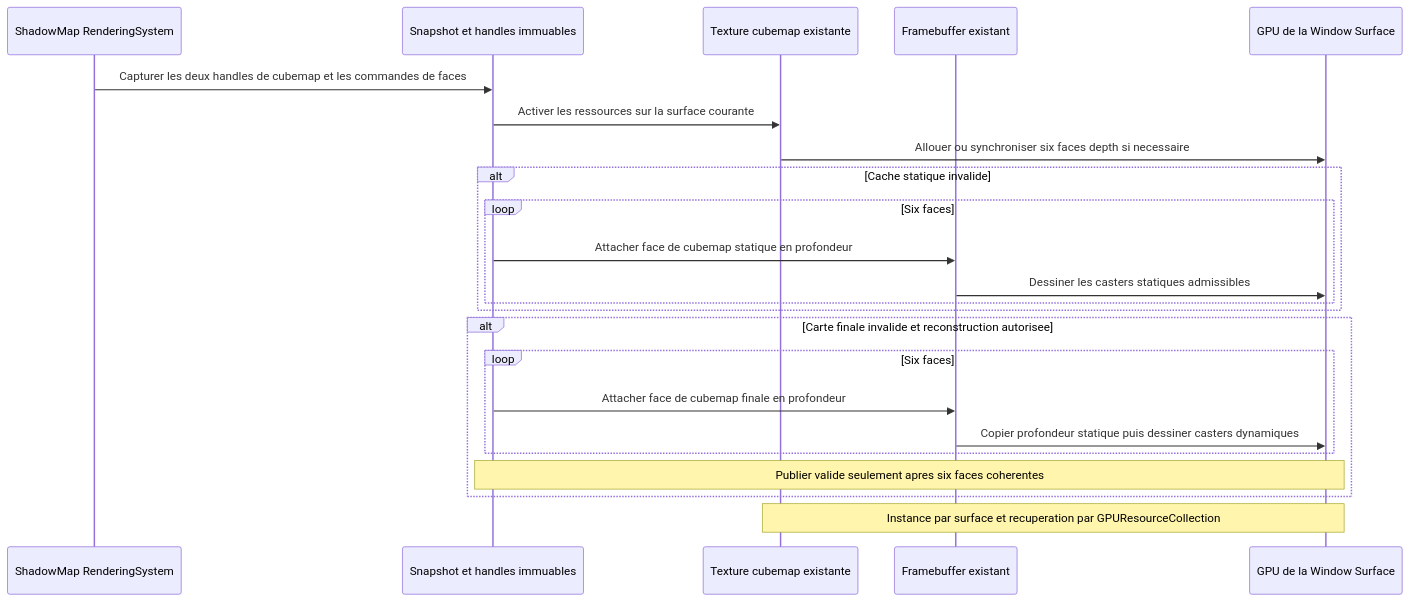
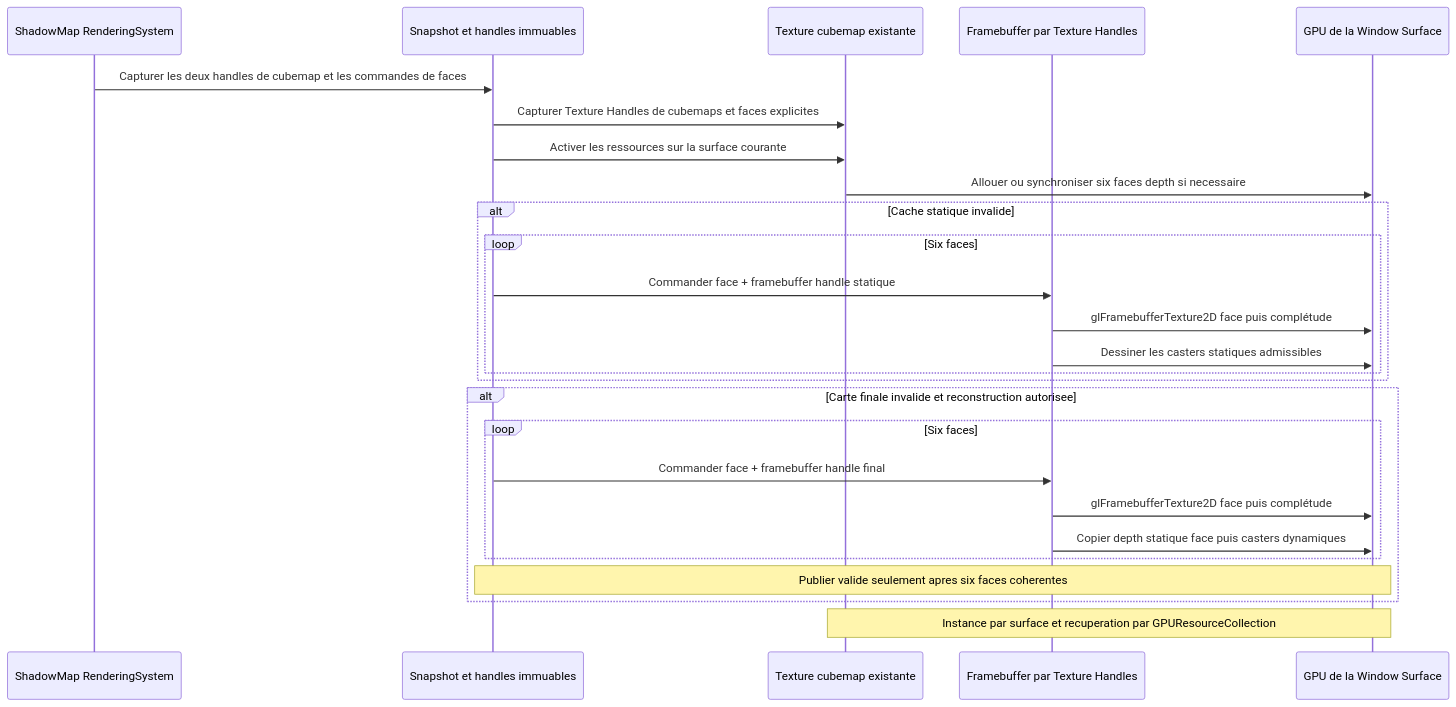
The seventh of 10 diagrams in docs/voxel-engine-v0.1.4/08-lumieres-et-ombres.md (EreliaStudio/Sparkle), drawn with Mermaid before and after one commit. The commit also changed other lines of this file, not shown here.

Commit message:
docs(v0.1.4): define cubemap face attachment and depth-only FBO contracts Q-ARCH-007

````diff
--- a/docs/voxel-engine-v0.1.4/08-lumieres-et-ombres.md
+++ b/docs/voxel-engine-v0.1.4/08-lumieres-et-ombres.md
@@ -289,25 +291,28 @@
 ```mermaid
 sequenceDiagram
     participant SH as ShadowMap RenderingSystem
     participant SNAP as Snapshot et handles immuables
     participant TEX as Texture cubemap existante
-    participant FBO as Framebuffer existant
+    participant FBO as Framebuffer par Texture Handles
     participant GPU as GPU de la Window Surface
     SH->>SNAP: Capturer les deux handles de cubemap et les commandes de faces
+    SNAP->>TEX: Capturer Texture Handles de cubemaps et faces explicites
     SNAP->>TEX: Activer les ressources sur la surface courante
     TEX->>GPU: Allouer ou synchroniser six faces depth si necessaire
     alt Cache statique invalide
         loop Six faces
-            SNAP->>FBO: Attacher face de cubemap statique en profondeur
+            SNAP->>FBO: Commander face + framebuffer handle statique
+            FBO->>GPU: glFramebufferTexture2D face puis complétude
             FBO->>GPU: Dessiner les casters statiques admissibles
         end
     end
     alt Carte finale invalide et reconstruction autorisee
         loop Six faces
-            SNAP->>FBO: Attacher face de cubemap finale en profondeur
-            FBO->>GPU: Copier profondeur statique puis dessiner casters dynamiques
+            SNAP->>FBO: Commander face + framebuffer handle final
+            FBO->>GPU: glFramebufferTexture2D face puis complétude
+            FBO->>GPU: Copier depth statique face puis casters dynamiques
         end
         Note over SNAP,GPU: Publier valide seulement apres six faces coherentes
     end
     Note over TEX,GPU: Instance par surface et recuperation par GPUResourceCollection
 ```
````
